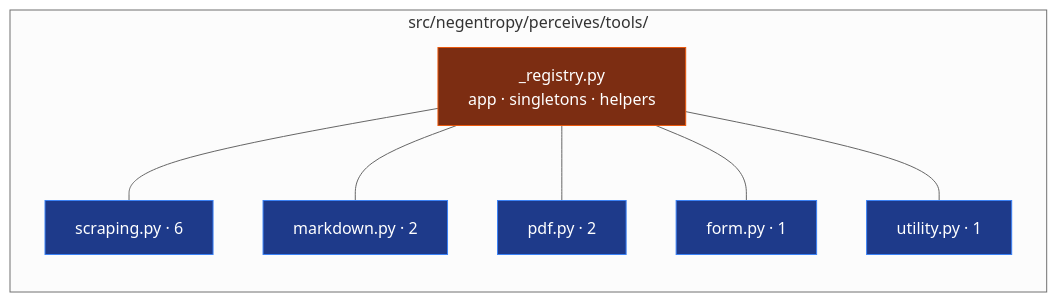
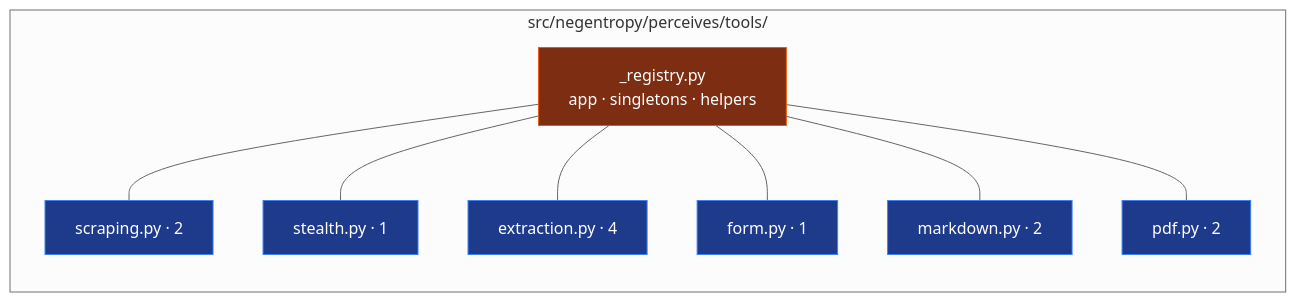
Before and after one commit to ThreeFish-AI/data-extractor: the second of 6 diagrams in docs/1-Framework.md, drawn with Mermaid (neutral theme). The commit also changed other lines of this file, not shown here.

````diff
--- a/docs/1-Framework.md
+++ b/docs/1-Framework.md
@@ -50,20 +55,26 @@
 ```mermaid
 graph LR
     subgraph "src/negentropy/perceives/tools/"
         R["_registry.py<br/>app · singletons · helpers"]
-        S["scraping.py · 6"] & M["markdown.py · 2"] & P["pdf.py · 2"]
-        F["form.py · 1"] & U["utility.py · 1"]
+        S["scraping.py · 2"]
+        ST["stealth.py · 1"]
+        E["extraction.py · 4"]
+        F["form.py · 1"]
+        M["markdown.py · 2"]
+        P["pdf.py · 2"]
     end
     R --- S
+    R --- ST
+    R --- E
+    R --- F
     R --- M
     R --- P
-    R --- F
-    R --- U
 
     style R fill:#7c2d12,stroke:#ea580c,color:#ffffff
     style S fill:#1e3a8a,stroke:#3b82f6,color:#ffffff
+    style ST fill:#1e3a8a,stroke:#3b82f6,color:#ffffff
+    style E fill:#1e3a8a,stroke:#3b82f6,color:#ffffff
+    style F fill:#1e3a8a,stroke:#3b82f6,color:#ffffff
     style M fill:#1e3a8a,stroke:#3b82f6,color:#ffffff
     style P fill:#1e3a8a,stroke:#3b82f6,color:#ffffff
-    style F fill:#1e3a8a,stroke:#3b82f6,color:#ffffff
-    style U fill:#1e3a8a,stroke:#3b82f6,color:#ffffff
 ```
````
